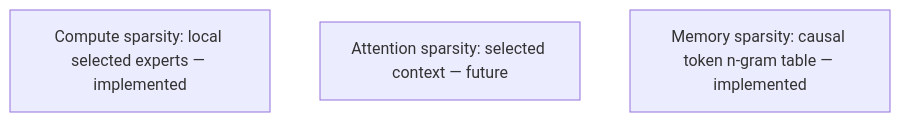
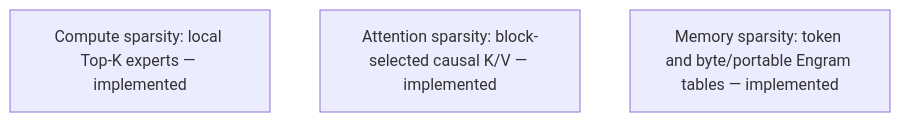
One commit to supernovae/tiny-sparse-lab changed the second of 2 diagrams in docs/architecture.md. Above: the diagram before and after it, drawn with Mermaid. The commit also changed other lines of this file, not shown here.

Commit message:
Reconcile sparse architecture documentation

````diff
--- a/docs/architecture.md
+++ b/docs/architecture.md
@@ -60,6 +60,6 @@
 ```mermaid
 flowchart TB
-  compute[Compute sparsity: local selected experts — implemented]
-  attention[Attention sparsity: selected context — future]
-  memory[Memory sparsity: causal token n-gram table — implemented]
+  compute[Compute sparsity: local Top-K experts — implemented]
+  attention[Attention sparsity: block-selected causal K/V — implemented]
+  memory[Memory sparsity: token and byte/portable Engram tables — implemented]
 ```
````
